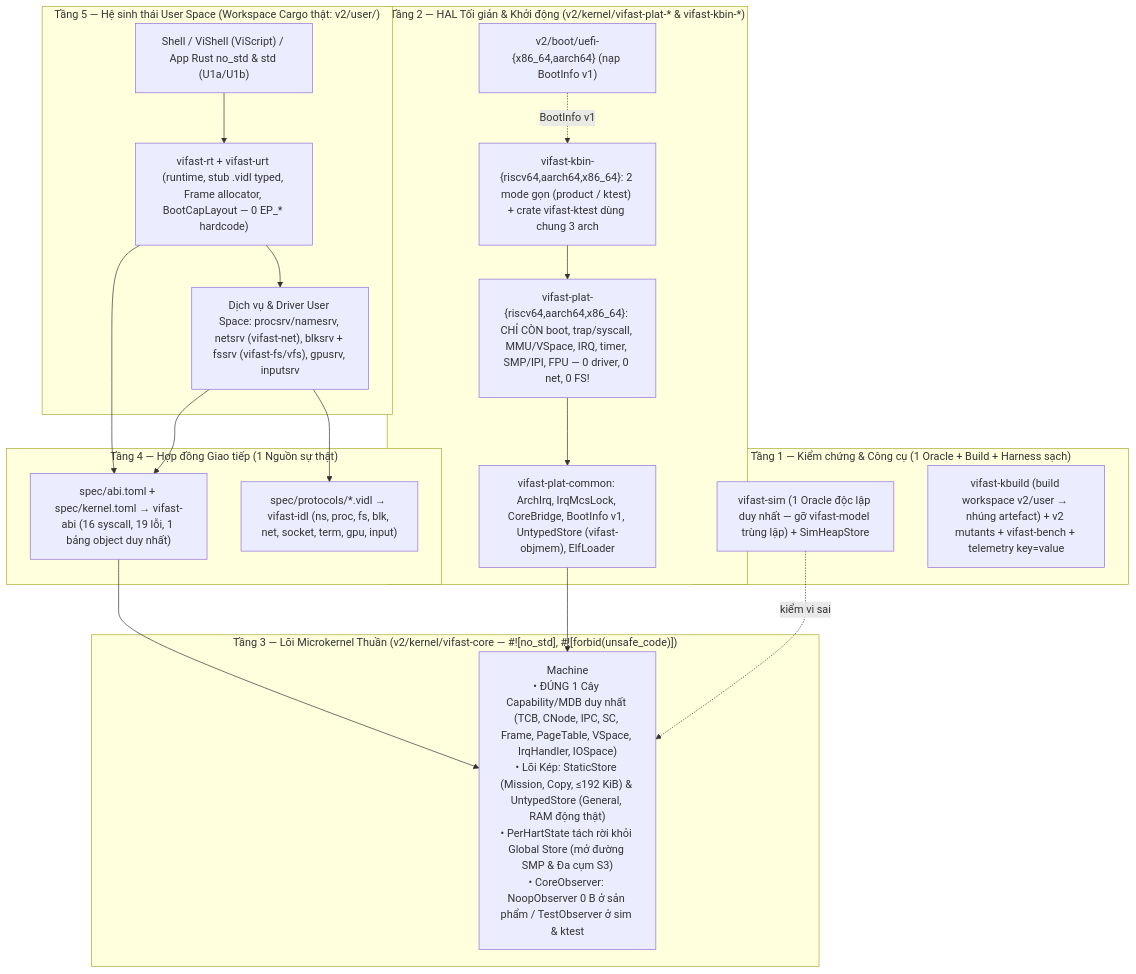
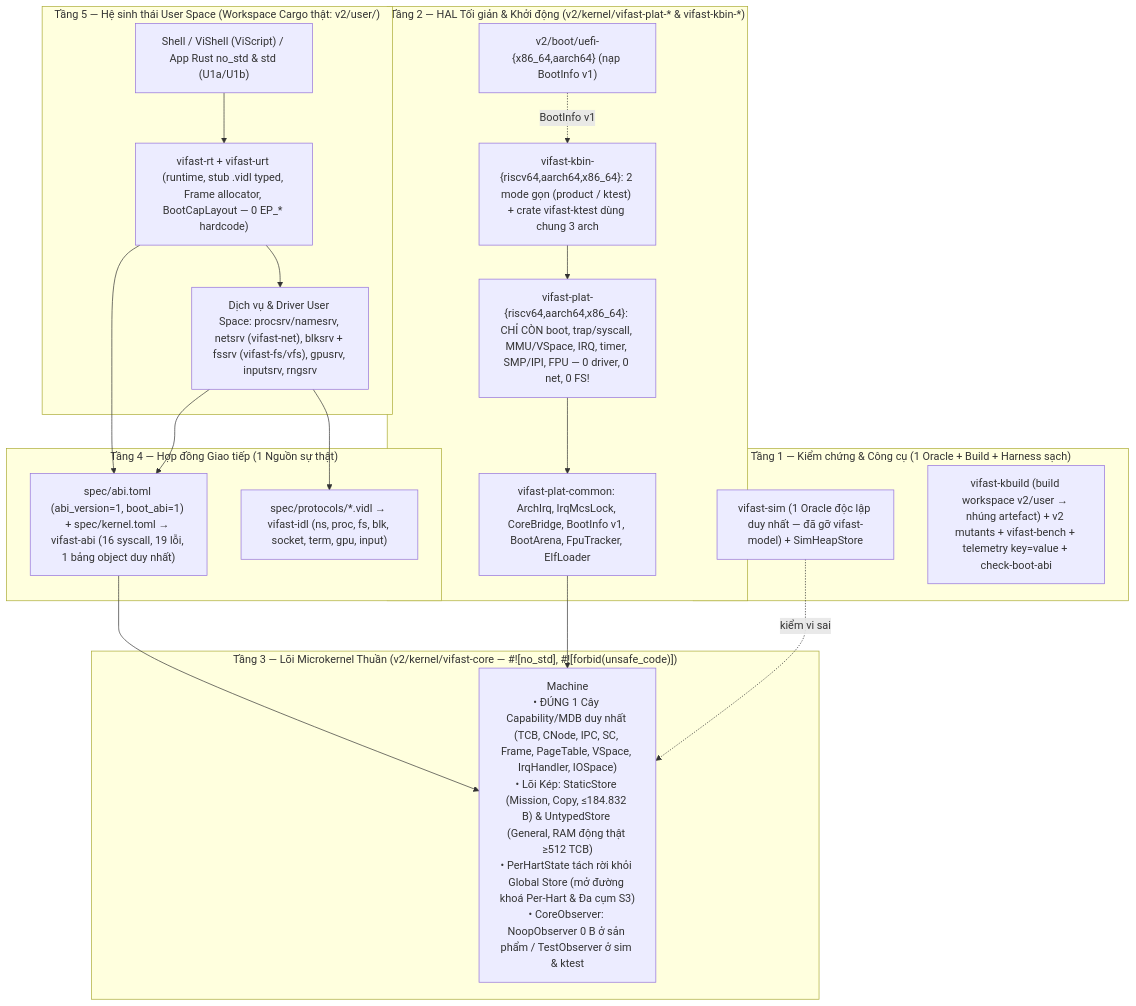
Before and after one commit to vifast-oss/ViFastOs: the diagram in KE-HOACH-KIEN-TRUC.md, drawn with Mermaid. The commit also changed other lines of this file and 4 other files, not shown here.

Commit message:
[KT-00] Agent 0: D2-261 — duyệt trọn gói RFC KT-416/416b (abi_version=1), tách KT-417/419, mở W7a (KT-417/413c/408c), giữ ratchet B1.1, đồng bộ QUEUE/STATE 0 lỗi lint

````diff
--- a/KE-HOACH-KIEN-TRUC.md
+++ b/KE-HOACH-KIEN-TRUC.md
@@ -16,38 +16,38 @@
 ```mermaid
 flowchart TD
   subgraph L5["Tầng 5 — Hệ sinh thái User Space (Workspace Cargo thật: v2/user/)"]
     apps["Shell / ViShell (ViScript) / App Rust no_std & std (U1a/U1b)"]
     rt["vifast-rt + vifast-urt (runtime, stub .vidl typed, Frame allocator, BootCapLayout — 0 EP_* hardcode)"]
-    srvs["Dịch vụ & Driver User Space: procsrv/namesrv, netsrv (vifast-net), blksrv + fssrv (vifast-fs/vfs), gpusrv, inputsrv"]
+    srvs["Dịch vụ & Driver User Space: procsrv/namesrv, netsrv (vifast-net), blksrv + fssrv (vifast-fs/vfs), gpusrv, inputsrv, rngsrv"]
   end
 
   subgraph L4["Tầng 4 — Hợp đồng Giao tiếp (1 Nguồn sự thật)"]
-    abi["spec/abi.toml + spec/kernel.toml → vifast-abi (16 syscall, 19 lỗi, 1 bảng object duy nhất)"]
-    vidl["spec/protocols/*.vidl → vifast-idl (ns, proc, fs, blk, net, socket, term, gpu, input)"]
+    abi["spec/abi.toml (abi_version=1, boot_abi=1) + spec/kernel.toml → vifast-abi (16 syscall, 19 lỗi, 1 bảng object duy nhất)"]
+    vidl["spec/protocols/*.vidl → vifast-idl (ns, proc, fs, blk, socket, term, gpu, input)"]
   end
 
   subgraph L3["Tầng 3 — Lõi Microkernel Thuần (v2/kernel/vifast-core — #![no_std], #![forbid(unsafe_code)])"]
-    core["Machine<S: KernelStore, O: CoreObserver, V: ArchVmOps>\n• ĐÚNG 1 Cây Capability/MDB duy nhất (TCB, CNode, IPC, SC, Frame, PageTable, VSpace, IrqHandler, IOSpace)\n• Lõi Kép: StaticStore (Mission, Copy, ≤192 KiB) & UntypedStore (General, RAM động thật)\n• PerHartState tách rời khỏi Global Store (mở đường SMP & Đa cụm S3)\n• CoreObserver: NoopObserver 0 B ở sản phẩm / TestObserver ở sim & ktest"]
+    core["Machine<S: KernelStore, O: CoreObserver, V: ArchVmOps>\n• ĐÚNG 1 Cây Capability/MDB duy nhất (TCB, CNode, IPC, SC, Frame, PageTable, VSpace, IrqHandler, IOSpace)\n• Lõi Kép: StaticStore (Mission, Copy, ≤184.832 B) & UntypedStore (General, RAM động thật ≥512 TCB)\n• PerHartState tách rời khỏi Global Store (mở đường khoá Per-Hart & Đa cụm S3)\n• CoreObserver: NoopObserver 0 B ở sản phẩm / TestObserver ở sim & ktest"]
   end
 
   subgraph L2["Tầng 2 — HAL Tối giản & Khởi động (v2/kernel/vifast-plat-* & vifast-kbin-*)"]
-    pcommon["vifast-plat-common: ArchIrq, IrqMcsLock, CoreBridge, BootInfo v1, UntypedStore (vifast-objmem), ElfLoader"]
+    pcommon["vifast-plat-common: ArchIrq, IrqMcsLock, CoreBridge, BootInfo v1, BootArena, FpuTracker, ElfLoader"]
     parch["vifast-plat-{riscv64,aarch64,x86_64}: CHỈ CÒN boot, trap/syscall, MMU/VSpace, IRQ, timer, SMP/IPI, FPU — 0 driver, 0 net, 0 FS!"]
     kbin["vifast-kbin-{riscv64,aarch64,x86_64}: 2 mode gọn (product / ktest) + crate vifast-ktest dùng chung 3 arch"]
     uefi["v2/boot/uefi-{x86_64,aarch64} (nạp BootInfo v1)"]
   end
 
   subgraph L1["Tầng 1 — Kiểm chứng & Công cụ (1 Oracle + Build + Harness sạch)"]
-    sim["vifast-sim (1 Oracle độc lập duy nhất — gỡ vifast-model trùng lặp) + SimHeapStore"]
-    tools["vifast-kbuild (build workspace v2/user → nhúng artefact) + v2 mutants + vifast-bench + telemetry key=value"]
+    sim["vifast-sim (1 Oracle độc lập duy nhất — đã gỡ vifast-model) + SimHeapStore"]
+    tools["vifast-kbuild (build workspace v2/user → nhúng artefact) + v2 mutants + vifast-bench + telemetry key=value + check-boot-abi"]
   end
 
   apps --> rt --> srvs
   srvs --> vidl
   rt --> abi
   srvs --> abi
   abi --> core
   kbin --> parch --> pcommon --> core
   uefi -. BootInfo v1 .-> kbin
   sim -. kiểm vi sai .-> core
 ```
````
